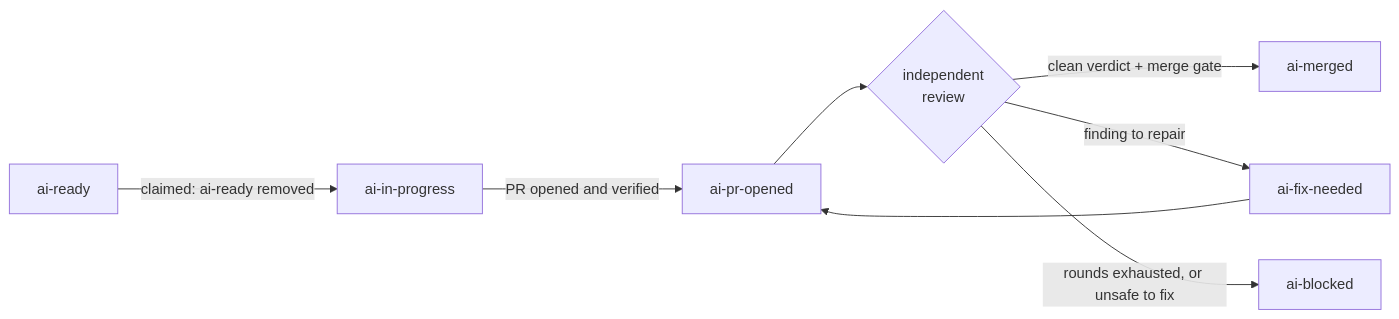
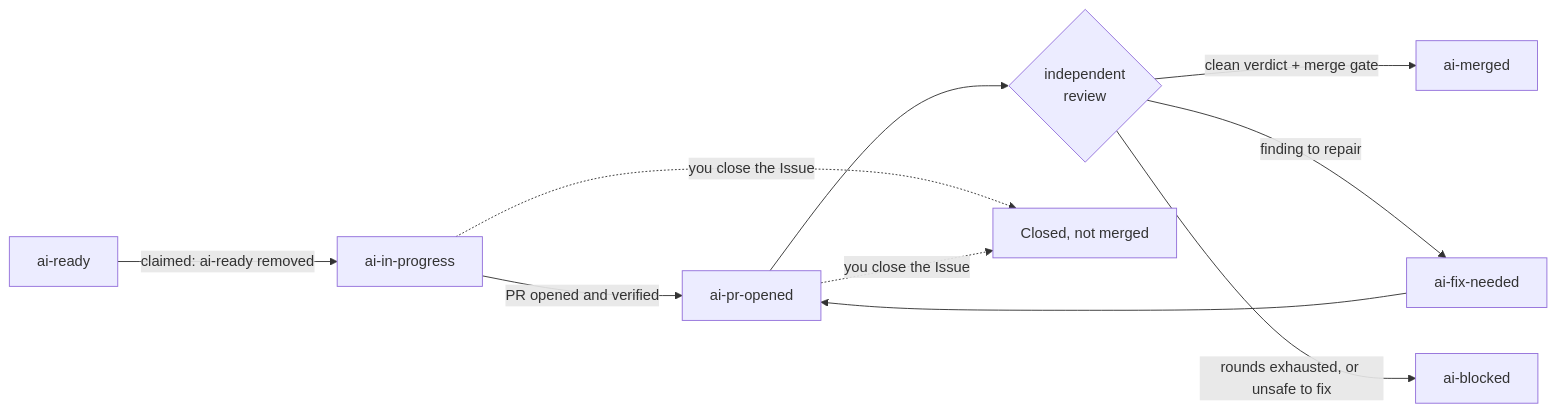
The diagram in delivery-lifecycle.mdx (orbi-build/orbi-cloud-docs), drawn with Mermaid before and after one commit. The commit also changed 1 other file, not shown here.

Commit message:
文档：交付生命周期图补上「关掉 Issue」的停下路径（中英）

````diff
--- a/delivery-lifecycle.mdx
+++ b/delivery-lifecycle.mdx
@@ -14,10 +14,12 @@
 ```mermaid
 flowchart LR
   ready["ai-ready"] -->|claimed: ai-ready removed| progress["ai-in-progress"]
   progress -->|PR opened and verified| opened["ai-pr-opened"]
   opened --> review{"independent<br/>review"}
   review -->|clean verdict + merge gate| merged["ai-merged"]
   review -->|finding to repair| fix["ai-fix-needed"]
   fix --> opened
   review -->|rounds exhausted, or unsafe to fix| blocked["ai-blocked"]
+  progress -.->|you close the Issue| closed["Closed, not merged"]
+  opened -.->|you close the Issue| closed
 ```
````
